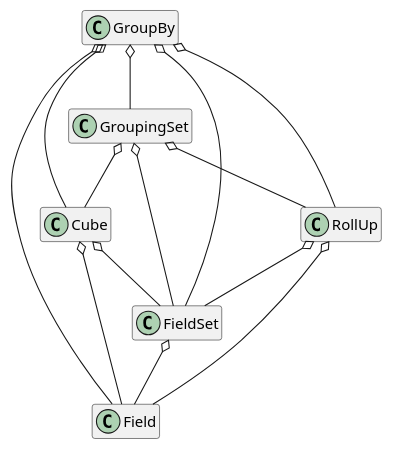
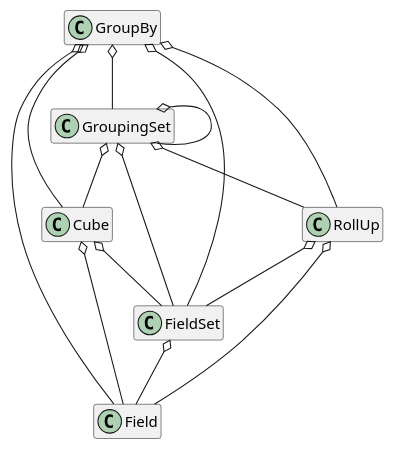
One commit to rekalogika/rekalogika-docs changed the diagram in docs/doctrine-advanced-group-by/diagrams/groupby.puml. Above: the diagram before and after it, drawn with PlantUML.

Commit message:
grouping set self-association

```diff
--- a/docs/doctrine-advanced-group-by/diagrams/groupby.puml
+++ b/docs/doctrine-advanced-group-by/diagrams/groupby.puml
@@ -1,43 +1,44 @@
 @startuml
 
 hide empty members
 
 class GroupBy {
 }
 
 GroupBy o-- GroupingSet
 GroupBy o-- FieldSet
 GroupBy o-- Field
 GroupBy o-- Cube
 GroupBy o-- RollUp
 
 class GroupingSet {
 }
 
 GroupingSet o-- Cube
 GroupingSet o-- RollUp
 GroupingSet o-- FieldSet
+GroupingSet o-- GroupingSet
 
 class Cube {
 }
 
 Cube o-- FieldSet
 Cube o-- Field
 
 class RollUp {
 }
 
 RollUp o-- FieldSet
 RollUp o-- Field
 
 class FieldSet {
 }
 
 FieldSet o-- Field
 
 class Field {
 }
 
 
 
 @enduml
```
